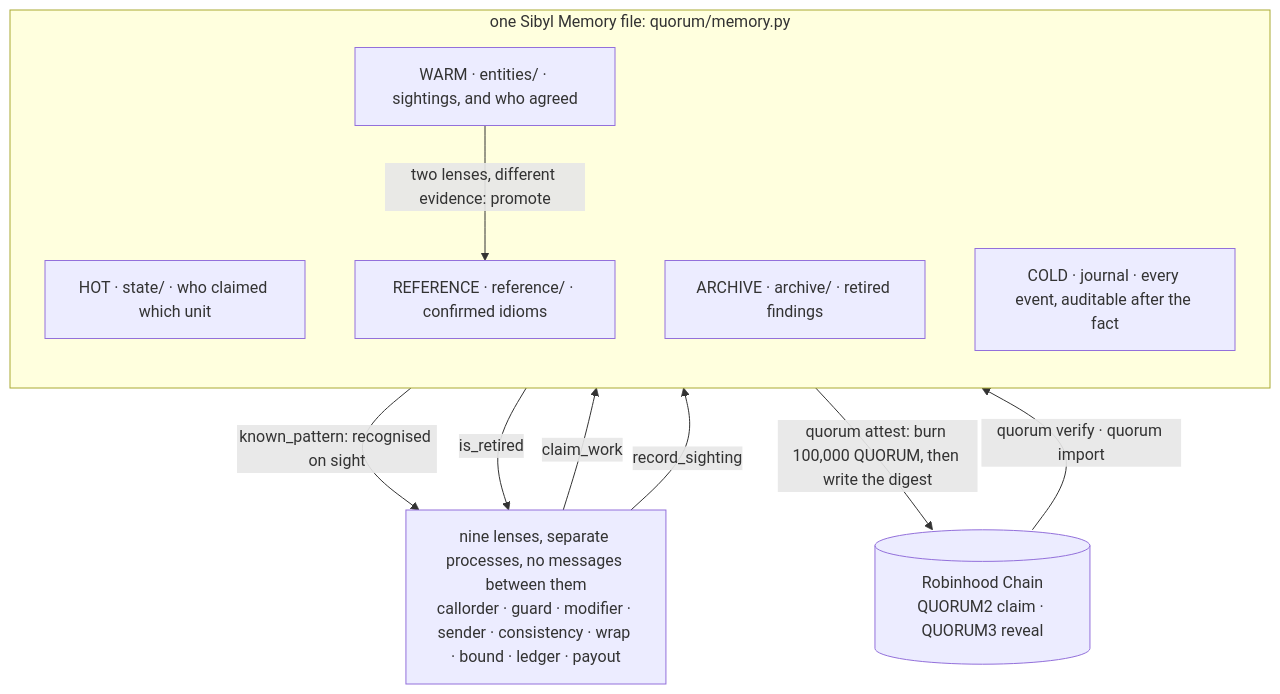
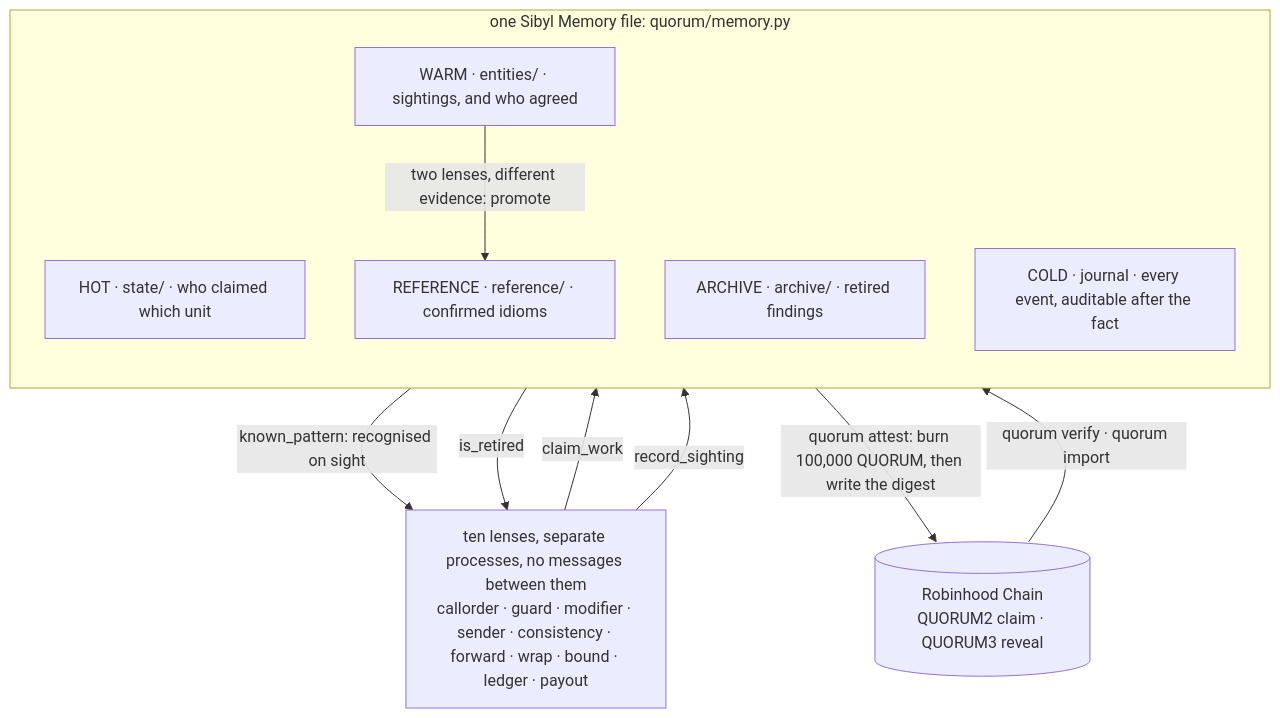
One commit to Yonkoo11/quorum changed the diagram in README.md. Above: the diagram before and after it, drawn with Mermaid. The commit also changed other lines of this file and 12 other files, not shown here.

````diff
--- a/README.md
+++ b/README.md
@@ -156,20 +156,20 @@
 ```mermaid
 flowchart TB
-  L["nine lenses, separate processes, no messages between them<br/>callorder · guard · modifier · sender · consistency · wrap · bound · ledger · payout"]
+  L["ten lenses, separate processes, no messages between them<br/>callorder · guard · modifier · sender · consistency · forward · wrap · bound · ledger · payout"]
   subgraph M["one Sibyl Memory file: quorum/memory.py"]
     direction TB
     HOT["HOT · state/ · who claimed which unit"]
     WARM["WARM · entities/ · sightings, and who agreed"]
     REF["REFERENCE · reference/ · confirmed idioms"]
     ARCH["ARCHIVE · archive/ · retired findings"]
     COLD["COLD · journal · every event, auditable after the fact"]
   end
   RH[("Robinhood Chain<br/>QUORUM2 claim · QUORUM3 reveal")]
   L -- "claim_work" --> HOT
   L -- "record_sighting" --> WARM
   WARM -- "two lenses, different evidence: promote" --> REF
   REF -- "known_pattern: recognised on sight" --> L
   ARCH -- "is_retired" --> L
   REF -- "quorum attest: burn 100,000 QUORUM, then write the digest" --> RH
   RH -- "quorum verify · quorum import" --> REF
 ```
````
